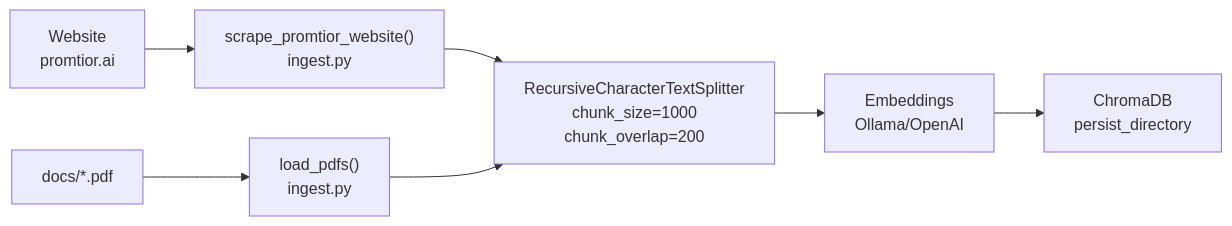
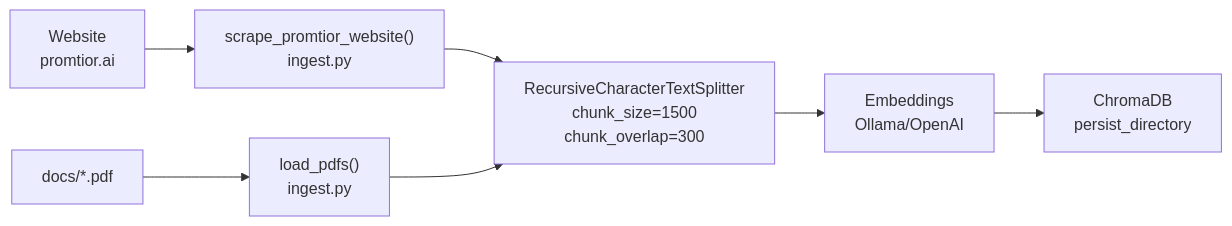
One commit to urrestarazu-alejandro/promtior-chat-assistant changed the third of 6 diagrams in docs/ARCHITECTURE.md. Above: the diagram before and after it, drawn with Mermaid. The commit also changed other lines of this file and 25 other files, not shown here.

````diff
--- a/docs/ARCHITECTURE.md
+++ b/docs/ARCHITECTURE.md
@@ -224,9 +224,9 @@
 ```mermaid
 flowchart LR
     A["Website<br/>promtior.ai"] --> B["scrape_promtior_website()<br/>ingest.py"]
     A1["docs/*.pdf"] --> C["load_pdfs()<br/>ingest.py"]
-    B --> D["RecursiveCharacterTextSplitter<br/>chunk_size=1000<br/>chunk_overlap=200"]
+    B --> D["RecursiveCharacterTextSplitter<br/>chunk_size=1500<br/>chunk_overlap=300"]
     C --> D
     D --> E["Embeddings<br/>Ollama/OpenAI"]
     E --> F["ChromaDB<br/>persist_directory"]
 ```
````
